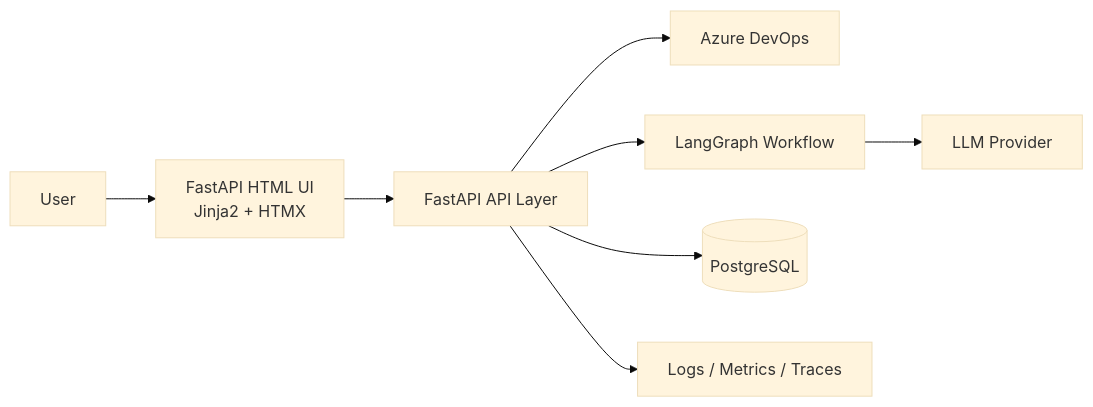
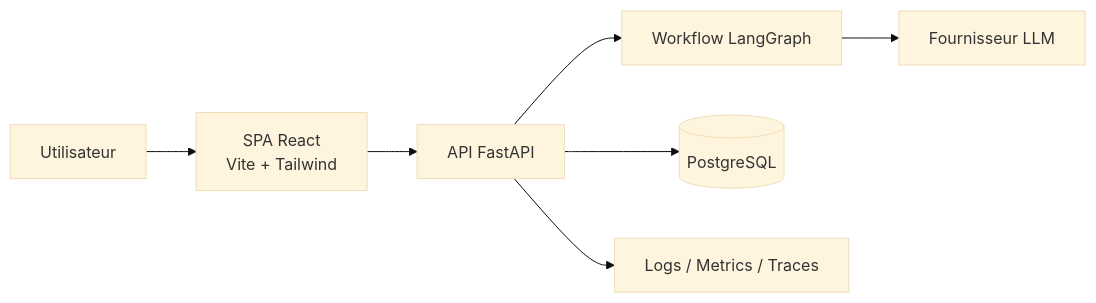
One commit to Artek60744/refinemap changed the first of 3 diagrams in docs/mvp-blueprint.md. Above: the diagram before and after it, drawn with Mermaid (base theme). The commit also changed other lines of this file and 22 other files, not shown here.

````diff
--- a/docs/mvp-blueprint.md
+++ b/docs/mvp-blueprint.md
@@ -54,10 +53,9 @@
 ```mermaid
 flowchart LR
-    U[User] --> FE[FastAPI HTML UI\nJinja2 + HTMX]
-    FE --> API[FastAPI API Layer]
-    API --> AZDO[Azure DevOps]
-    API --> LG[LangGraph Workflow]
-    LG --> LLM[LLM Provider]
+    U[Utilisateur] --> FE[SPA React\nVite + Tailwind]
+    FE --> API[API FastAPI]
+    API --> LG[Workflow LangGraph]
+    LG --> LLM[Fournisseur LLM]
     API --> DB[(PostgreSQL)]
     API --> OBS[Logs / Metrics / Traces]
 ```
````
